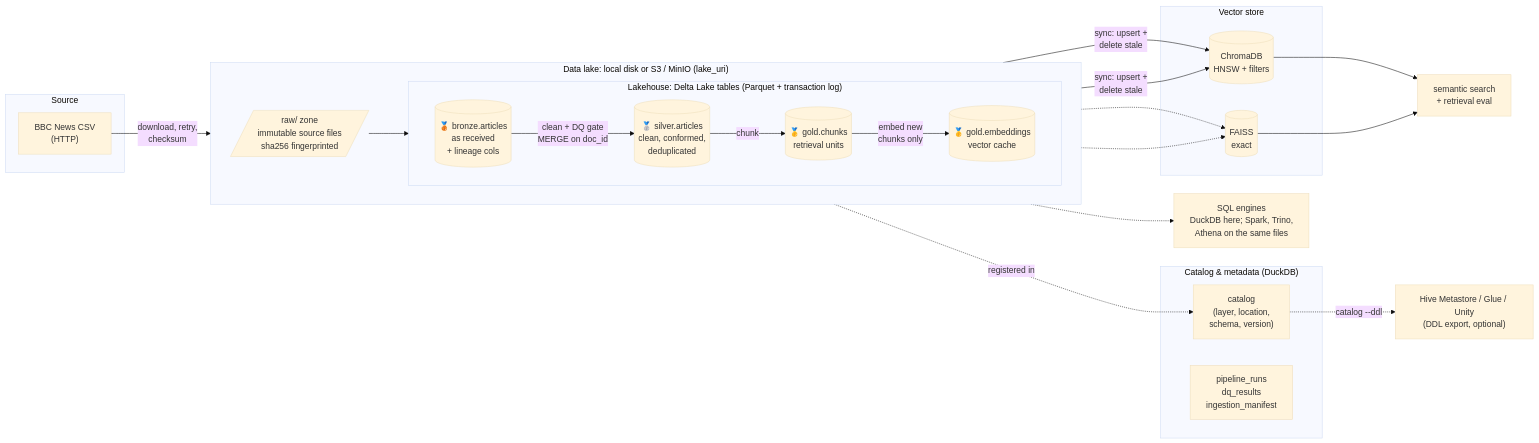
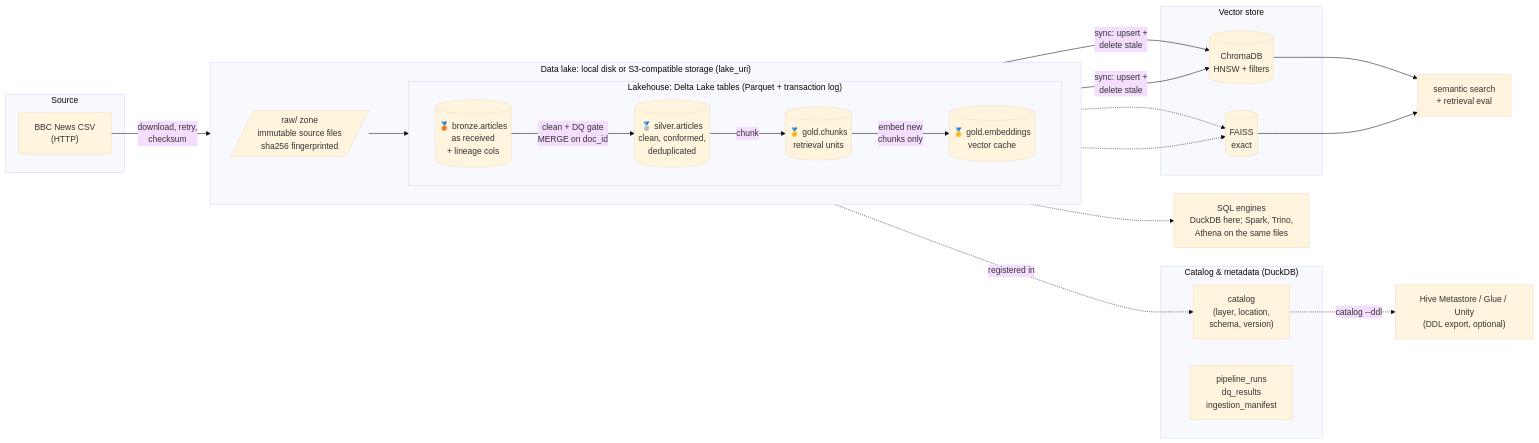
One commit to Anushka180712/Data-Engineering changed the first of 2 diagrams in README.md. Above: the diagram before and after it, drawn with Mermaid (base theme). The commit also changed other lines of this file and 9 other files, not shown here.

````diff
--- a/README.md
+++ b/README.md
@@ -25,45 +25,45 @@
 ```mermaid
 flowchart LR
     subgraph SRC["Source"]
         A["BBC News CSV<br/>(HTTP)"]
     end
 
-    subgraph LAKE["Data lake: local disk or S3 / MinIO  (lake_uri)"]
+    subgraph LAKE["Data lake: local disk or S3-compatible storage  (lake_uri)"]
         direction LR
         RAW[/"raw/ zone<br/>immutable source files<br/>sha256 fingerprinted"/]
         subgraph LH["Lakehouse: Delta Lake tables (Parquet + transaction log)"]
             direction LR
             BR[("🥉 bronze.articles<br/>as received<br/>+ lineage cols")]
             SI[("🥈 silver.articles<br/>clean, conformed,<br/>deduplicated")]
             GC[("🥇 gold.chunks<br/>retrieval units")]
             GE[("🥇 gold.embeddings<br/>vector cache")]
             BR -- "clean + DQ gate<br/>MERGE on doc_id" --> SI
             SI -- "chunk" --> GC
             GC -- "embed new<br/>chunks only" --> GE
         end
         RAW --> BR
     end
 
     subgraph META["Catalog & metadata (DuckDB)"]
         CAT["catalog<br/>(layer, location,<br/>schema, version)"]
         OPS["pipeline_runs<br/>dq_results<br/>ingestion_manifest"]
     end
 
     HMS["Hive Metastore / Glue / Unity<br/>(DDL export, optional)"]
     ENG["SQL engines<br/>DuckDB here; Spark, Trino,<br/>Athena on the same files"]
 
     subgraph VS["Vector store"]
         CH[("ChromaDB<br/>HNSW + filters")]
         FA[("FAISS<br/>exact")]
     end
 
     S["semantic search<br/>+ retrieval eval"]
 
     A -- "download, retry,<br/>checksum" --> RAW
     LH -. "registered in" .-> CAT
     CAT -. "catalog --ddl" .-> HMS
     LH -.-> ENG
     GC & GE -- "sync: upsert +<br/>delete stale" --> CH
     GC & GE -.-> FA
     CH & FA --> S
 ```
````
